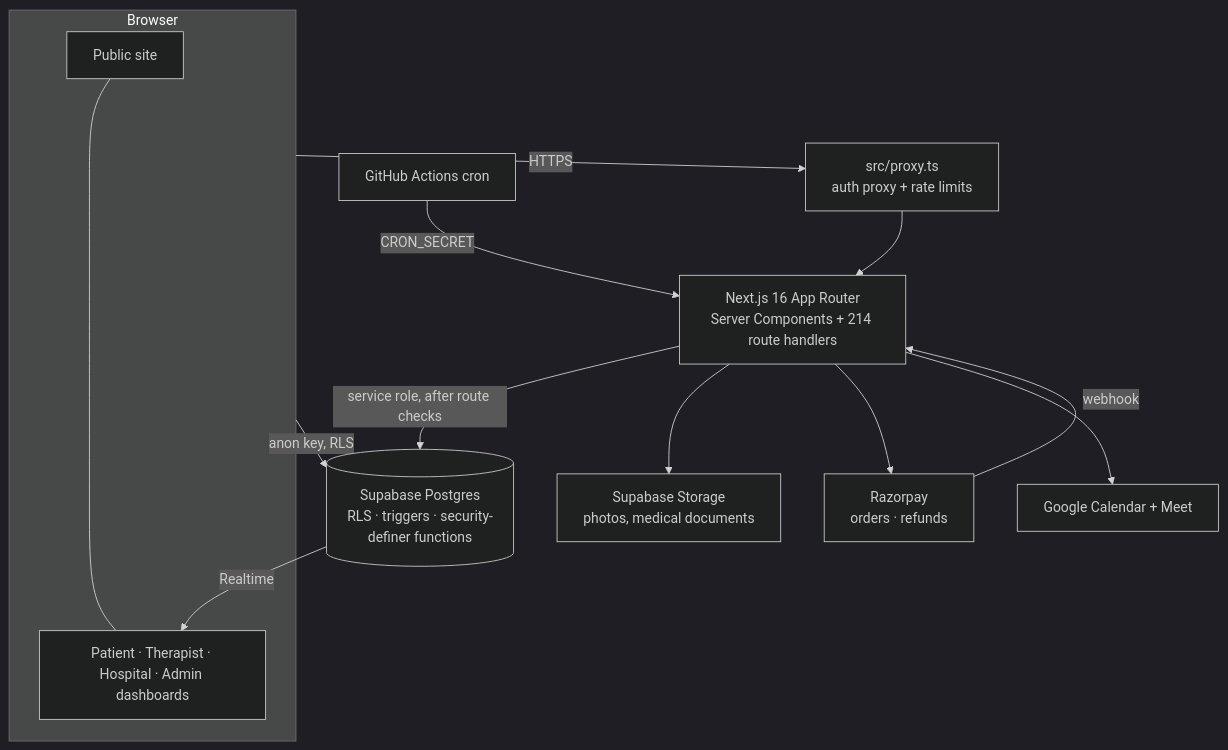
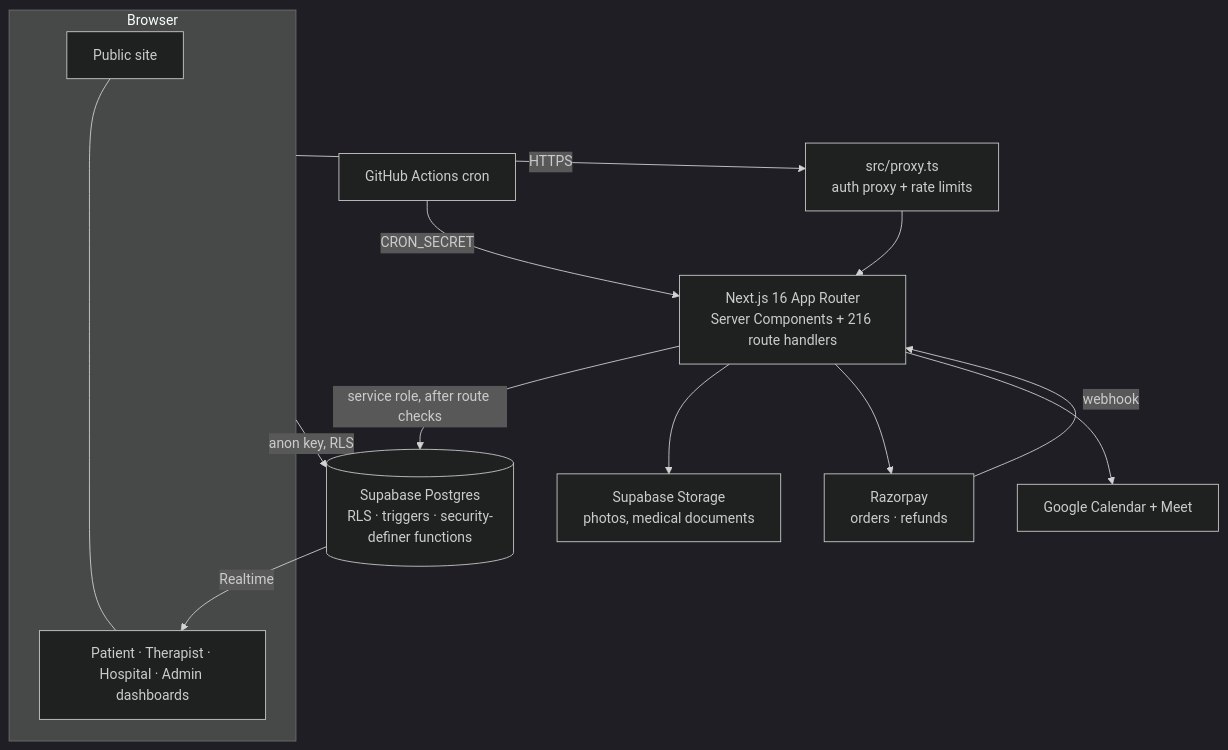
One commit to nitheesh-git-project/Claude changed the second of 2 diagrams in README.md. Above: the diagram before and after it, drawn with Mermaid (dark theme). The commit also changed other lines of this file and 14 other files, not shown here.

````diff
--- a/README.md
+++ b/README.md
@@ -172,16 +172,16 @@
 ```mermaid
 flowchart TB
   subgraph Browser
     P[Public site] --- D[Patient · Therapist · Hospital · Admin dashboards]
   end
   Browser -->|HTTPS| PX[src/proxy.ts<br/>auth proxy + rate limits]
-  PX --> APP[Next.js 16 App Router<br/>Server Components + 214 route handlers]
+  PX --> APP[Next.js 16 App Router<br/>Server Components + 216 route handlers]
   APP -->|service role, after route checks| SB[(Supabase Postgres<br/>RLS · triggers · security-definer functions)]
   Browser -->|anon key, RLS| SB
   SB -->|Realtime| D
   APP --> ST[Supabase Storage<br/>photos, medical documents]
   APP --> RZ[Razorpay<br/>orders · refunds]
   RZ -->|webhook| APP
   APP --> GC[Google Calendar + Meet]
   GH[GitHub Actions cron] -->|CRON_SECRET| APP
 ```
````
